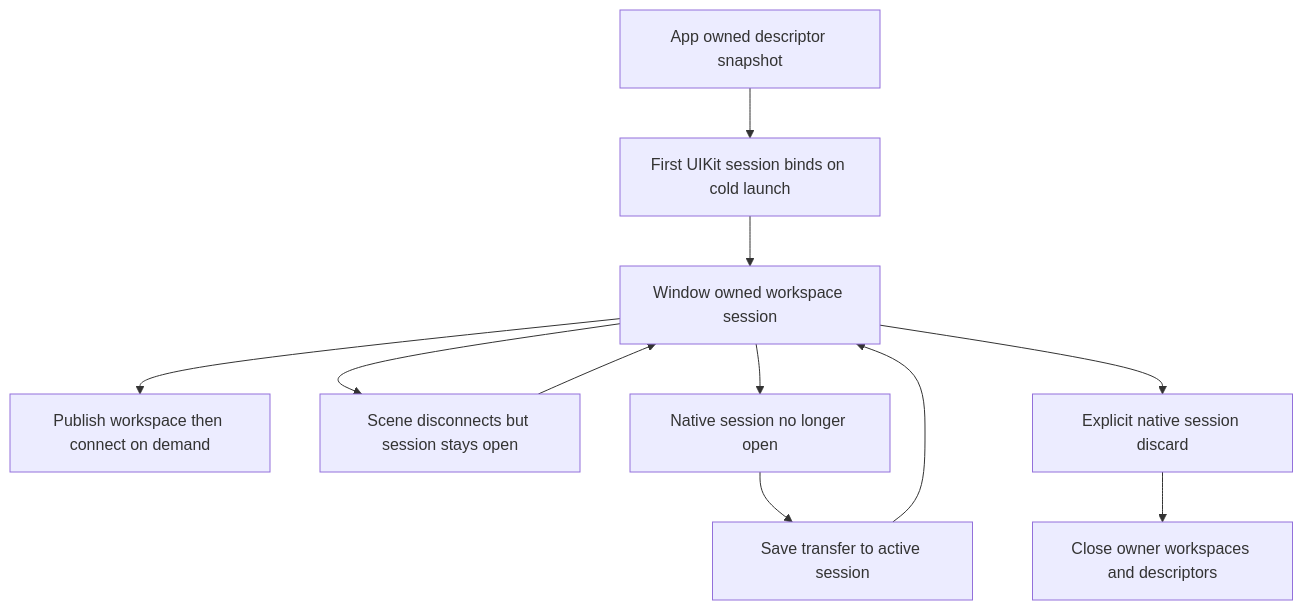
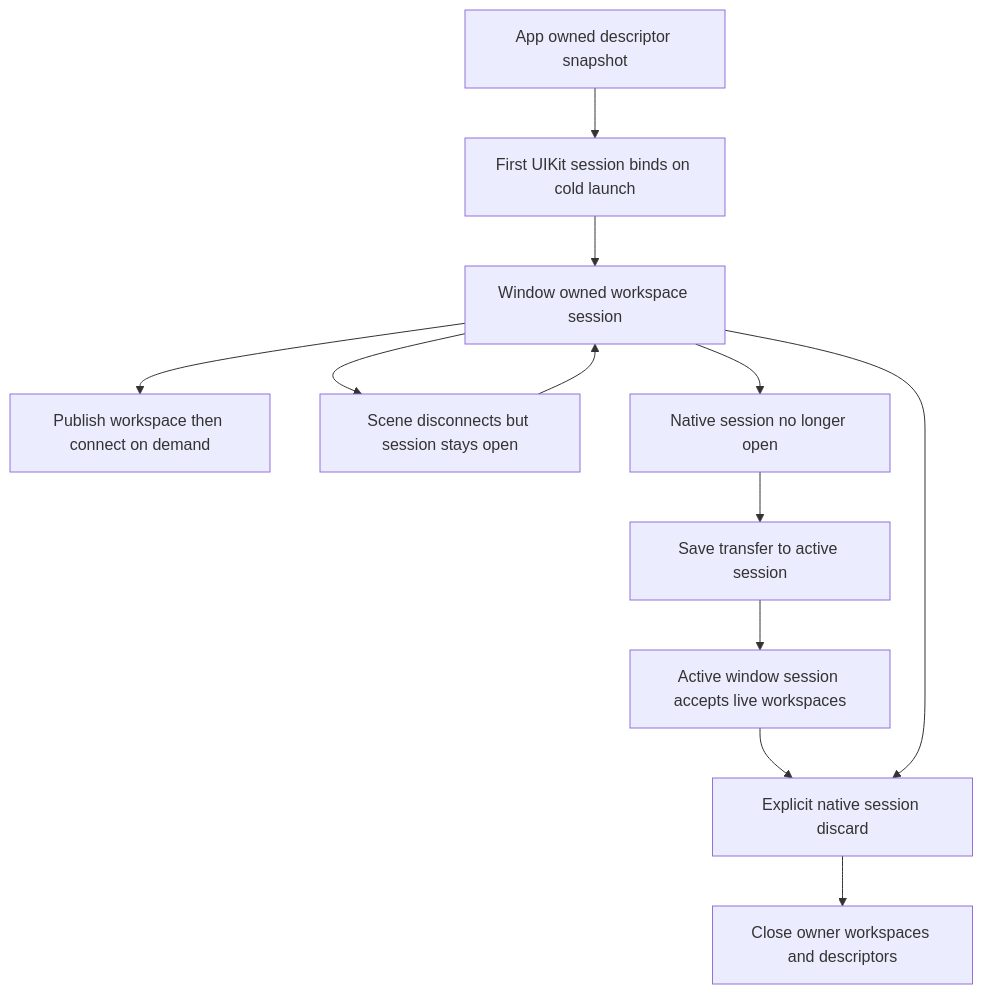
Before and after one commit to AkinoKaede/Termind: the fourth of 5 diagrams in openwiki/architecture/platform-runtime.md, drawn with Mermaid. The commit also changed other lines of this file and 56 other files, not shown here.

````diff
--- a/openwiki/architecture/platform-runtime.md
+++ b/openwiki/architecture/platform-runtime.md
@@ -249,13 +251,14 @@
 ```mermaid
 flowchart TD
     Store["App owned descriptor snapshot"] --> Bind["First UIKit session binds on cold launch"]
     Bind --> Owner["Window owned workspace session"]
     Owner --> Open["Publish workspace then connect on demand"]
     Owner --> Reclaim["Scene disconnects but session stays open"]
     Reclaim --> Owner
     Owner --> Missing["Native session no longer open"]
     Missing --> Save["Save transfer to active session"]
-    Save --> Owner
-    Owner --> Discard["Explicit native session discard"]
+    Save --> Target["Active window session accepts live workspaces"]
+    Target --> Discard["Explicit native session discard"]
+    Owner --> Discard
     Discard --> Close["Close owner workspaces and descriptors"]
 ```
````
